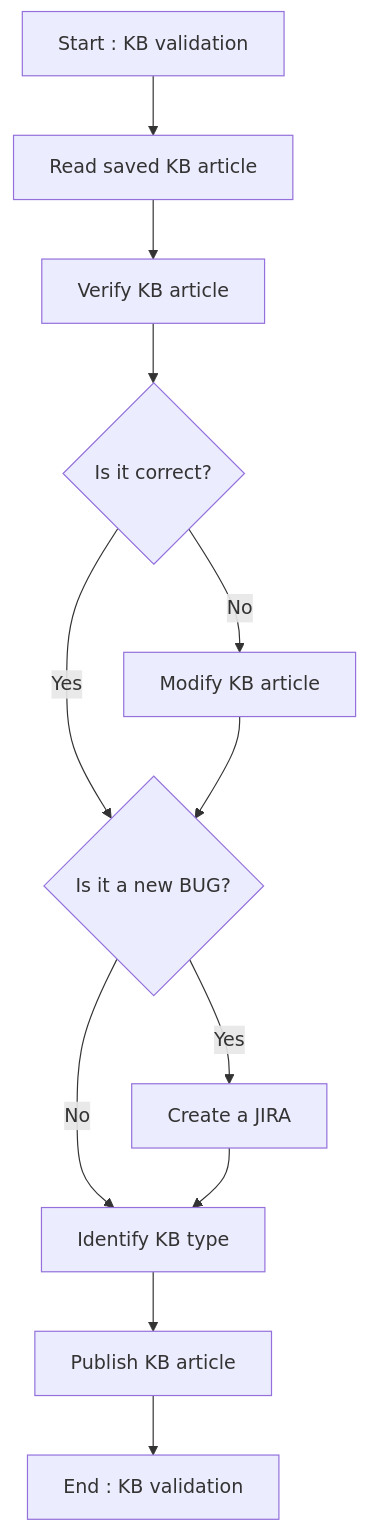
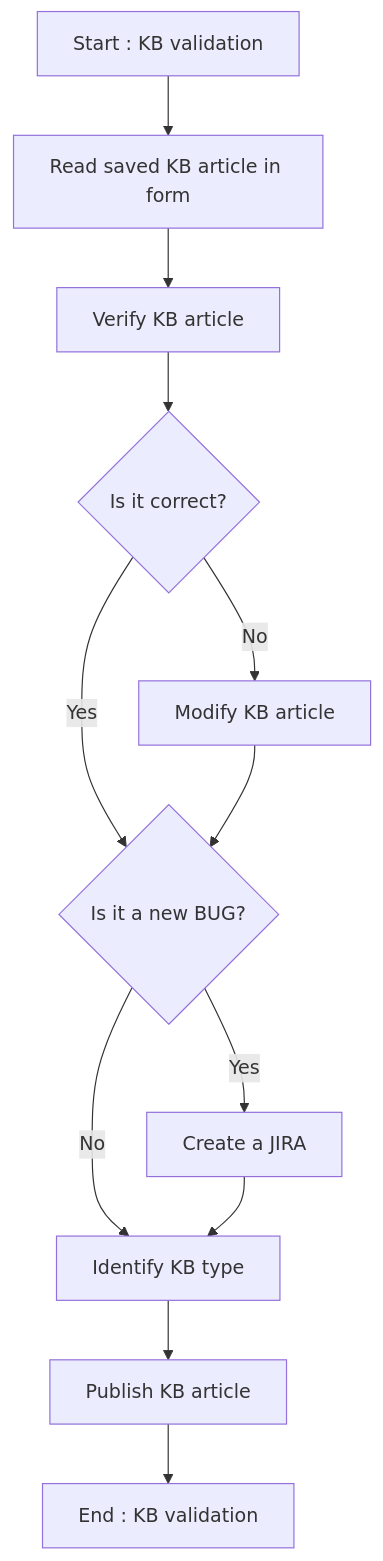
One commit to alexvea/KB changed the fourth of 4 diagrams in README.md. Above: the diagram before and after it, drawn with Mermaid. The commit also changed other lines of this file, not shown here.

````diff
--- a/README.md
+++ b/README.md
@@ -173,14 +173,14 @@
 ```mermaid
 flowchart TD
-A[Start : KB validation] --> B[Read saved KB article];
-B[Read saved KB article] --> C[Verify KB article];
+A[Start : KB validation] --> B[Read saved KB article in form];
+B[Read saved KB article in form] --> C[Verify KB article];
 C[Verify KB article] --> D{Is it correct?};
 D -- Yes --> E{Is it a new BUG?};
 D -- No --> F[Modify KB article];
 F --> E{Is it a new BUG?}
 E -- Yes --> G[Create a JIRA];
 E -- No --> H[Identify KB type];
 G --> H[Identify KB type];
 H[Identify KB type] --> I[Publish KB article];
 I[Publish KB article] --> J[End : KB validation];
 ```
````
